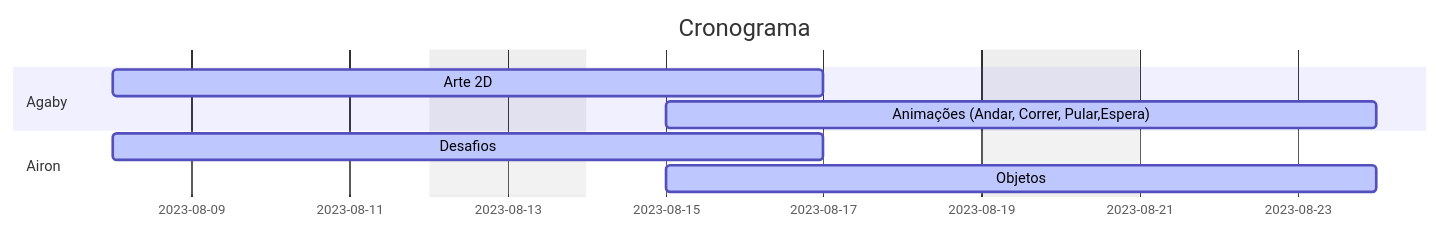
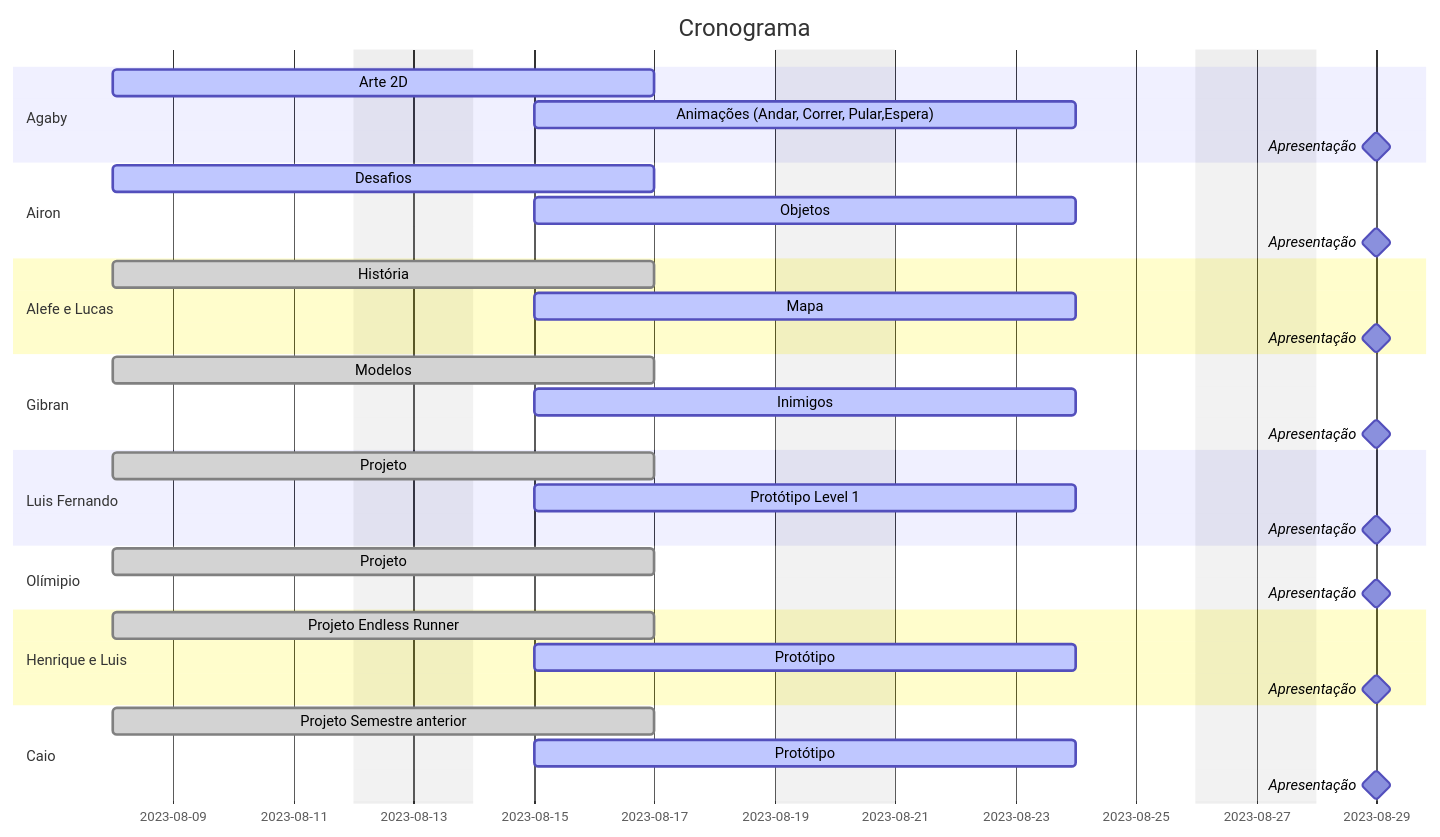
The diagram in docs/_pages/planejamento/02-projetos-acompanhamento.md (myerco/CafeGeek), drawn with Mermaid before and after one commit.

Commit message:
feat: cronograma atualizado

```diff
--- a/docs/_pages/planejamento/02-projetos-acompanhamento.md
+++ b/docs/_pages/planejamento/02-projetos-acompanhamento.md
@@ -19,14 +19,46 @@
 <div class="mermaid">
 gantt
     title Cronograma
     dateFormat YYYY-MM-DD
     excludes weekends
 
     section Agaby
     Arte 2D                                   :active,  a1, 2023-08-08, 7d
     Animações (Andar, Correr, Pular,Espera)   :active,  a1, 2023-08-15, 7d
+    Apresentação                              :milestone, m1, 2023-08-29, 0d
     
     section Airon
     Desafios                                  :active, b1,2023-08-08, 7d
     Objetos                                   :active,  a1, 2023-08-15,7d
+    Apresentação                              :milestone, m1, 2023-08-29, 0d    
+
+    section Alefe e Lucas
+    História                                  :done, b1,2023-08-08, 7d
+    Mapa                                      :active,  a1, 2023-08-15,7d
+    Apresentação                              :milestone, m1, 2023-08-29, 0d        
+
+    section Gibran
+    Modelos                                  :done, b1,2023-08-08, 7d
+    Inimigos                                 :active,  a1, 2023-08-15,7d
+    Apresentação                             :milestone, m1, 2023-08-29, 0d        
+
+    section Luis Fernando
+    Projeto                                  :done, b1,2023-08-08, 7d
+    Protótipo Level 1                        :active,  a1, 2023-08-15,7d    
+    Apresentação                             :milestone, m1, 2023-08-29, 0d        
+
+    section Olímipio
+    Projeto                                  :done, b1,2023-08-08, 7d
+    Apresentação                             :milestone, m1, 2023-08-29, 0d        
+    
+    section Henrique e Luis
+    Projeto Endless Runner                  :done, b1,2023-08-08, 7d
+    Protótipo                               :active,  a1, 2023-08-15,7d    
+    Apresentação                            :milestone, m1, 2023-08-29, 0d        
+
+    section Caio
+    Projeto Semestre anterior               :done, b1,2023-08-08, 7d
+    Protótipo                               :active,  a1, 2023-08-15,7d    
+    Apresentação                            :milestone, m1, 2023-08-29, 0d        
+
 </div>
```
